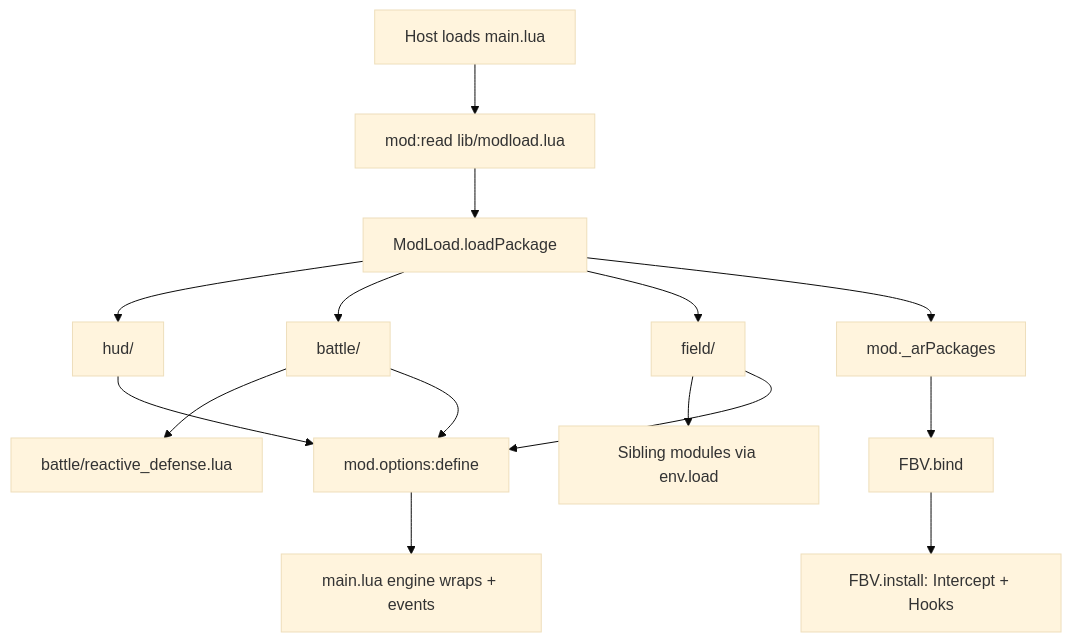
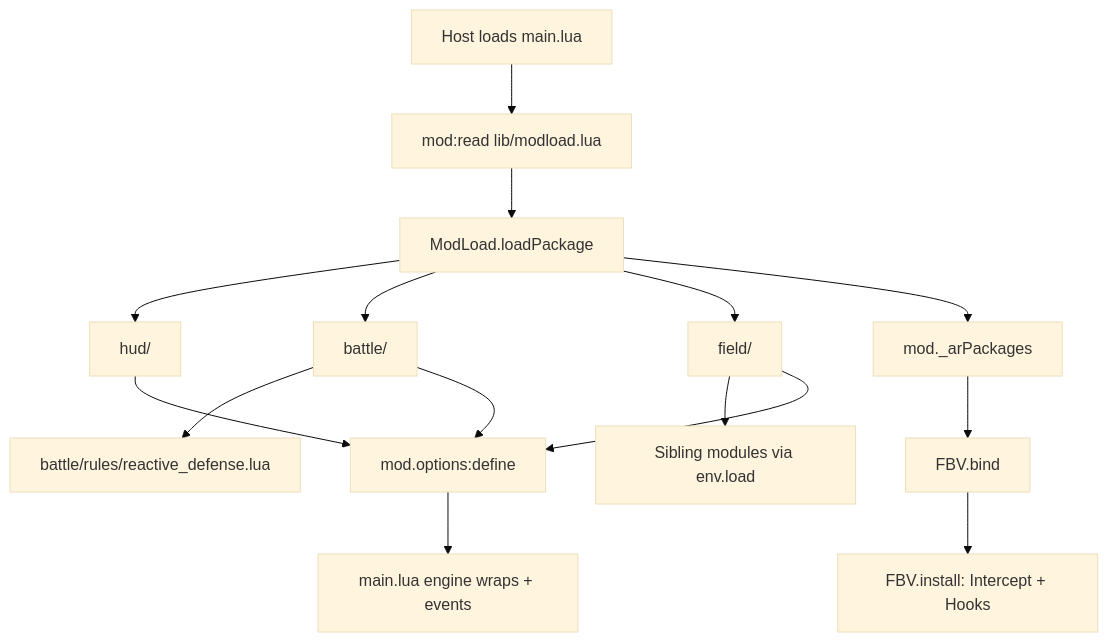
Before and after one commit to businessmachines02/anime-realism: the first of 4 diagrams in ARCHITECTURE.md, drawn with Mermaid (base theme). The commit also changed other lines of this file and 15 other files, not shown here.

````diff
--- a/ARCHITECTURE.md
+++ b/ARCHITECTURE.md
@@ -56,17 +56,17 @@
 ```mermaid
 flowchart TD
   host[Host loads main.lua] --> read[mod:read lib/modload.lua]
   read --> ml[ModLoad.loadPackage]
   ml --> hud[hud/]
   ml --> bat[battle/]
   ml --> fbv[field/]
-  bat --> rd[battle/reactive_defense.lua]
+  bat --> rd[battle/rules/reactive_defense.lua]
   fbv --> sib[Sibling modules via env.load]
   ml --> pkgs[mod._arPackages]
   pkgs --> bind[FBV.bind]
   bind --> install[FBV.install: Intercept + Hooks]
   hud --> opts[mod.options:define]
   bat --> opts
   fbv --> opts
   opts --> hooks[main.lua engine wraps + events]
 ```
````
